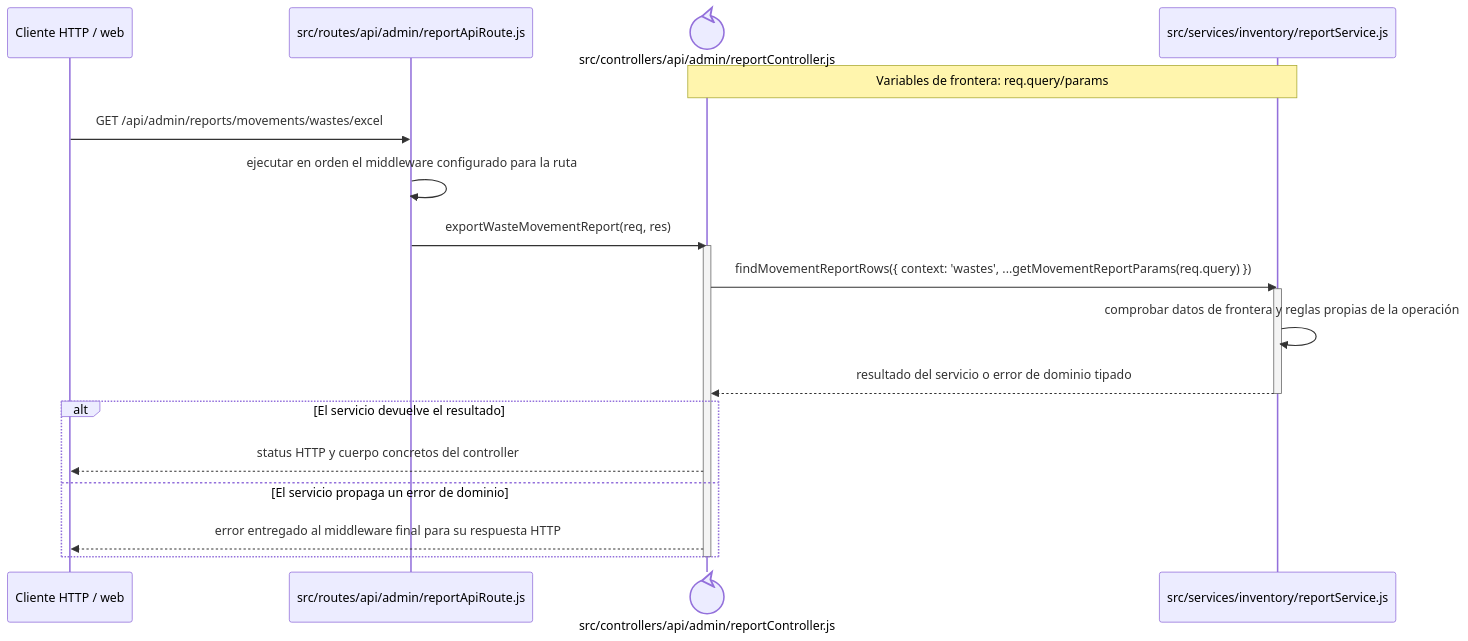
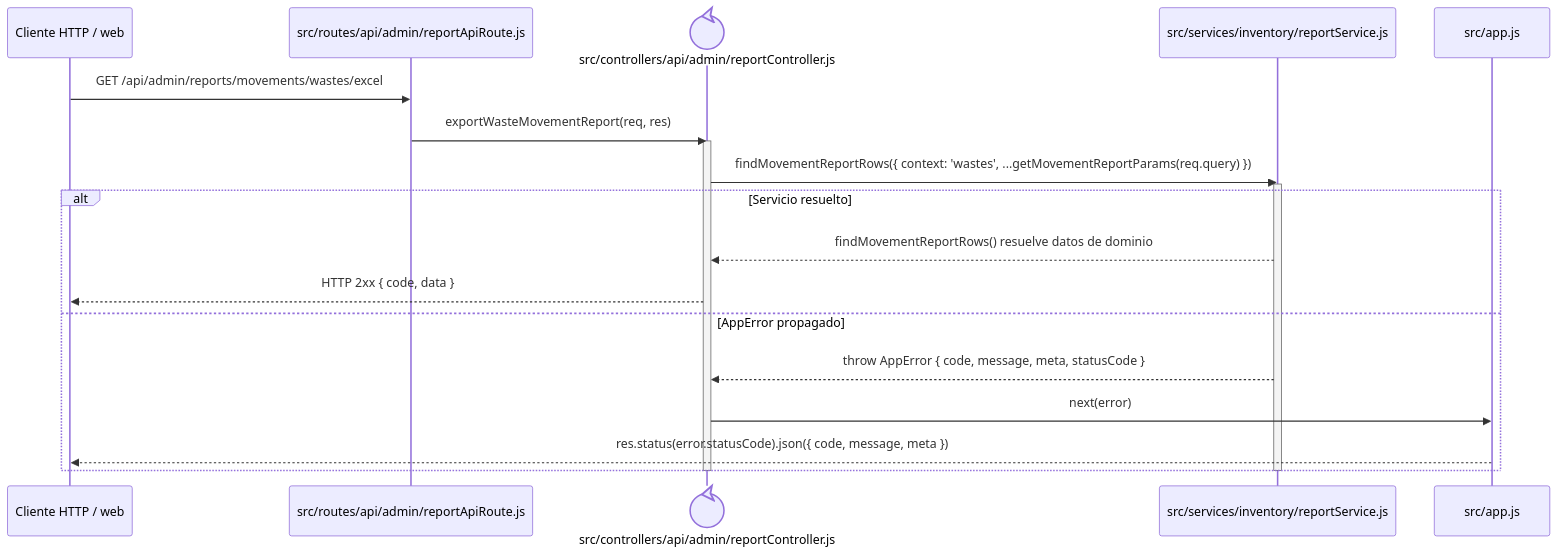
One commit to gpgsistemas01/nexus changed the diagram in docs/architecture/backend-code-sequences/catalogs/cu-alm-15.md. Above: the diagram before and after it, drawn with Mermaid. The commit also changed 148 other files, not shown here.

````diff
--- a/docs/architecture/backend-code-sequences/catalogs/cu-alm-15.md
+++ b/docs/architecture/backend-code-sequences/catalogs/cu-alm-15.md
@@ -6,24 +6,24 @@
 ```mermaid
 sequenceDiagram
     participant Client as Cliente HTTP / web
     participant Route as src/routes/api/admin/reportApiRoute.js
     participant Controller@{ "type": "control" } as src/controllers/api/admin/reportController.js
     participant Domain as src/services/inventory/reportService.js
-    Note over Controller,Domain: Variables de frontera: req.query/params
+    participant ErrorHandler as src/app.js
 
     Client->>Route: GET /api/admin/reports/movements/wastes/excel
-    Route->>Route: ejecutar en orden el middleware configurado para la ruta
     Route->>Controller: exportWasteMovementReport(req, res)
     activate Controller
     Controller->>Domain: findMovementReportRows({ context: 'wastes', ...getMovementReportParams(req.query) })
     activate Domain
-    Domain->>Domain: comprobar datos de frontera y reglas propias de la operación
-    Domain-->>Controller: resultado del servicio o error de dominio tipado
+    alt Servicio resuelto
+        Domain-->>Controller: findMovementReportRows() resuelve datos de dominio
+        Controller-->>Client: HTTP 2xx { code, data }
+    else AppError propagado
+        Domain-->>Controller: throw AppError { code, message, meta, statusCode }
+        Controller->>ErrorHandler: next(error)
+        ErrorHandler-->>Client: res.status(error.statusCode).json({ code, message, meta })
+    end
     deactivate Domain
-    alt El servicio devuelve el resultado
-        Controller-->>Client: status HTTP y cuerpo concretos del controller
-    else El servicio propaga un error de dominio
-        Controller-->>Client: error entregado al middleware final para su respuesta HTTP
-    end
     deactivate Controller
 ```
````
